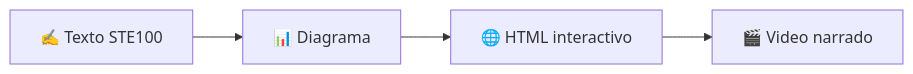
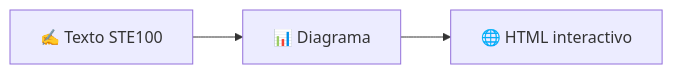
Before and after one commit to lucasvidela94/explainer: the first of 2 diagrams in README.md, drawn with Mermaid. The commit also changed other lines of this file and 1 other file, not shown here.

````diff
--- a/README.md
+++ b/README.md
@@ -17,6 +28,5 @@
 ```mermaid
 flowchart LR
   T["✍️ Texto STE100"] --> D["📊 Diagrama"]
   D --> H["🌐 HTML interactivo"]
-  H --> V["🎬 Video narrado"]
 ```
````
